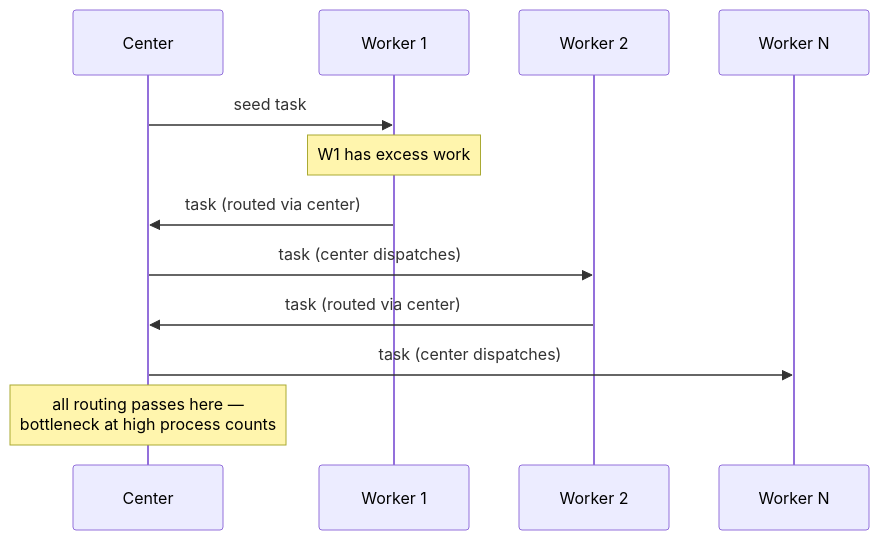
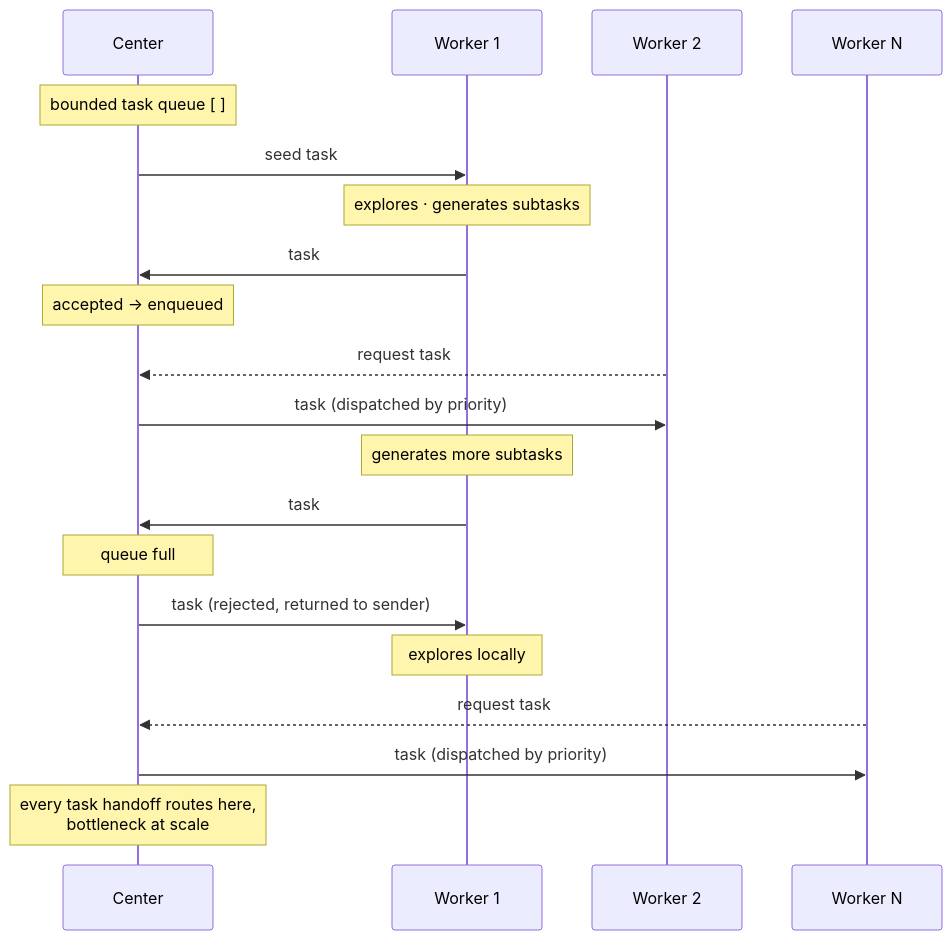
One commit to rapastranac/gempba-docs changed the third of 4 diagrams in docs/scheduler-topologies.md. Above: the diagram before and after it, drawn with Mermaid. The commit also changed other lines of this file, not shown here.

First line of the commit message:
#8 Rework scheduler-topologies page with corrected protocol flows and decentralized reference

````diff
--- a/docs/scheduler-topologies.md
+++ b/docs/scheduler-topologies.md
@@ -144,17 +143,28 @@
 ```mermaid
 sequenceDiagram
     participant C  as Center
     participant W1 as Worker 1
     participant W2 as Worker 2
     participant WN as Worker N
 
+    Note over C: bounded task queue [ ]
+
     C->>W1: seed task
-    Note over W1: W1 has excess work
+    Note over W1: explores · generates subtasks
 
-    W1->>C: task (routed via center)
-    C->>W2: task (center dispatches)
-    W2->>C: task (routed via center)
-    C->>WN: task (center dispatches)
+    W1->>C: task
+    Note over C: accepted → enqueued
+    W2-->>C: request task
+    C->>W2: task (dispatched by priority)
 
-    Note over C: all routing passes here —<br/>bottleneck at high process counts
+    Note over W1: generates more subtasks
+    W1->>C: task
+    Note over C: queue full
+    C->>W1: task (rejected, returned to sender)
+    Note over W1: explores locally
+    
+    WN-->>C: request task
+    C->>WN: task (dispatched by priority)
+
+    Note over C: every task handoff routes here,<br/>bottleneck at scale
 ```
````
